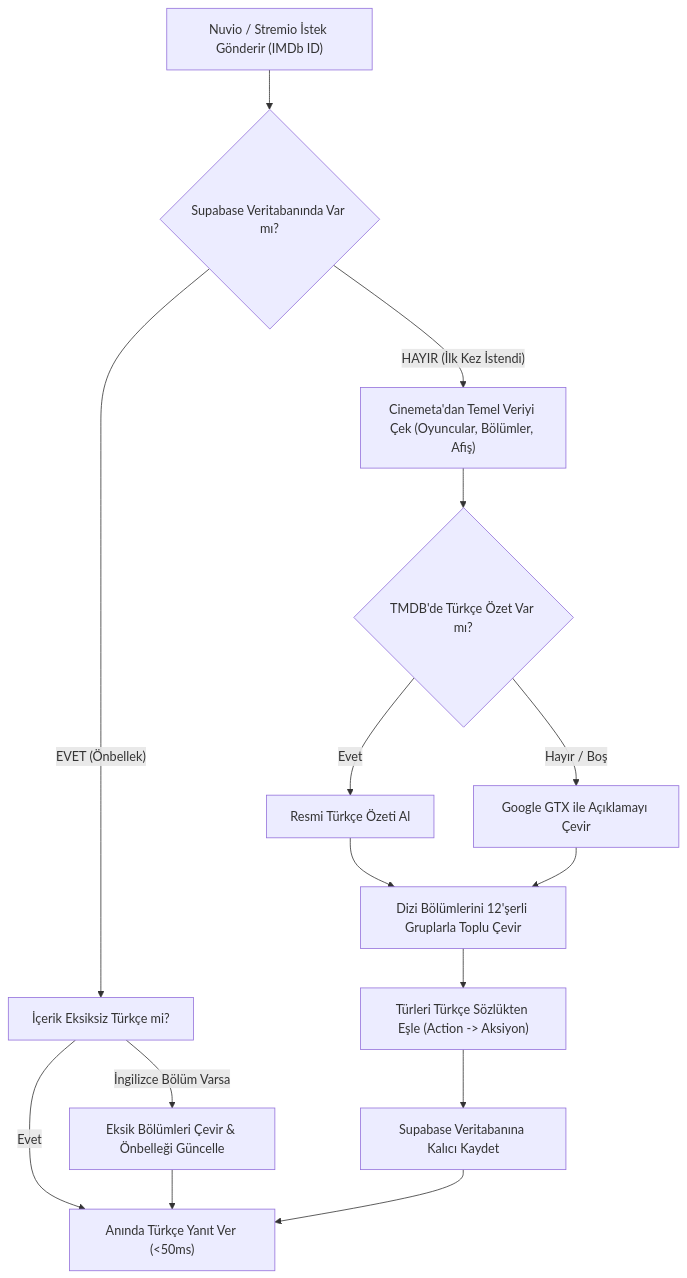
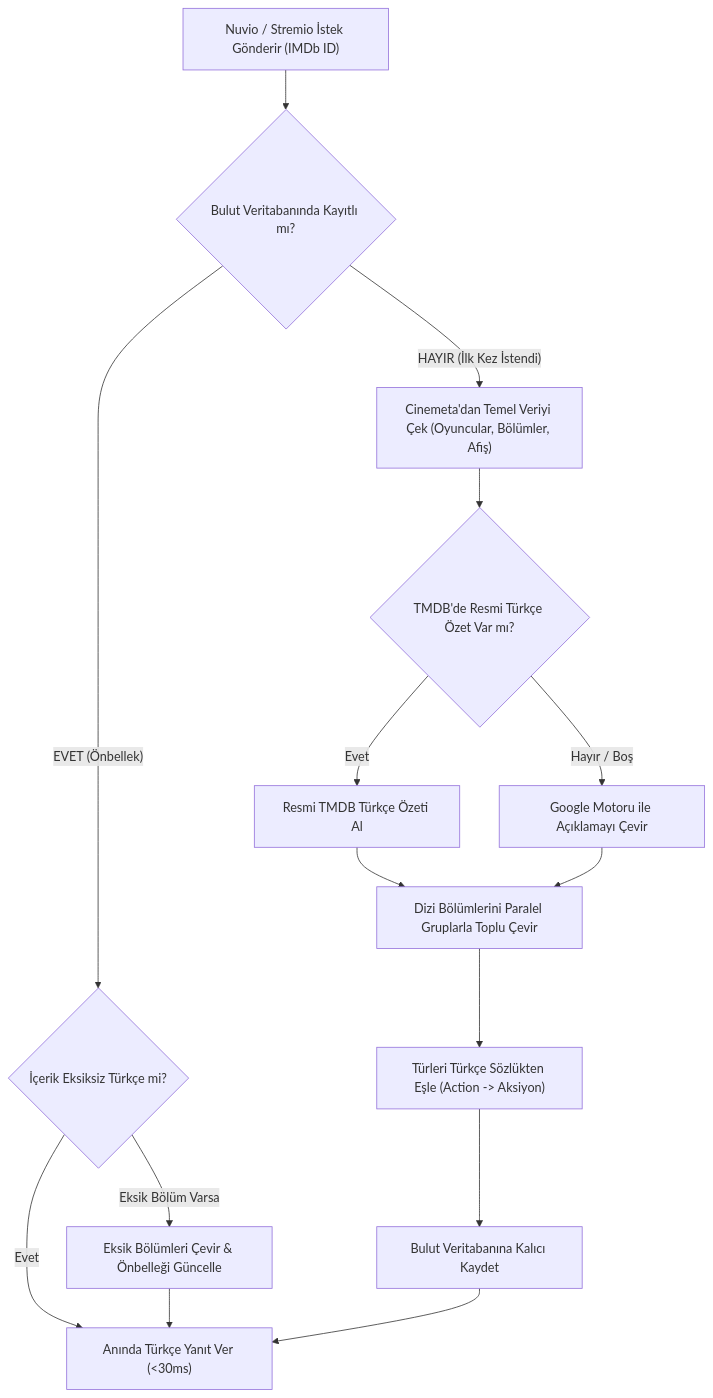
One commit to brsbrkctn/Turkify changed the diagram in README.md. Above: the diagram before and after it, drawn with Mermaid. The commit also changed other lines of this file and 6 other files, not shown here.

````diff
--- a/README.md
+++ b/README.md
@@ -23,17 +23,17 @@
 ```mermaid
 flowchart TD
-    A["Nuvio / Stremio İstek Gönderir (IMDb ID)"] --> B{"Supabase Veritabanında Var mı?"}
-    B -- "EVET (Önbellek)" --> C["İçerik Eksiksiz Türkçe mi?"]
-    C -- "Evet" --> Z["Anında Türkçe Yanıt Ver (<50ms)"]
-    C -- "İngilizce Bölüm Varsa" --> D["Eksik Bölümleri Çevir & Önbelleği Güncelle"]
+    A["Nuvio / Stremio İstek Gönderir (IMDb ID)"] --> B{"Bulut Veritabanında Kayıtlı mı?"}
+    B -- "EVET (Önbellek)" --> C{"İçerik Eksiksiz Türkçe mi?"}
+    C -- "Evet" --> Z["Anında Türkçe Yanıt Ver (<30ms)"]
+    C -- "Eksik Bölüm Varsa" --> D["Eksik Bölümleri Çevir & Önbelleği Güncelle"]
     D --> Z
     B -- "HAYIR (İlk Kez İstendi)" --> E["Cinemeta'dan Temel Veriyi Çek (Oyuncular, Bölümler, Afiş)"]
-    E --> F{"TMDB'de Türkçe Özet Var mı?"}
-    F -- "Evet" --> G["Resmi Türkçe Özeti Al"]
-    F -- "Hayır / Boş" --> H["Google GTX ile Açıklamayı Çevir"]
-    G --> I["Dizi Bölümlerini 12'şerli Gruplarla Toplu Çevir"]
+    E --> F{"TMDB'de Resmi Türkçe Özet Var mı?"}
+    F -- "Evet" --> G["Resmi TMDB Türkçe Özeti Al"]
+    F -- "Hayır / Boş" --> H["Google Motoru ile Açıklamayı Çevir"]
+    G --> I["Dizi Bölümlerini Paralel Gruplarla Toplu Çevir"]
     H --> I
     I --> J["Türleri Türkçe Sözlükten Eşle (Action -> Aksiyon)"]
-    J --> K["Supabase Veritabanına Kalıcı Kaydet"]
+    J --> K["Bulut Veritabanına Kalıcı Kaydet"]
     K --> Z
 ```
````
